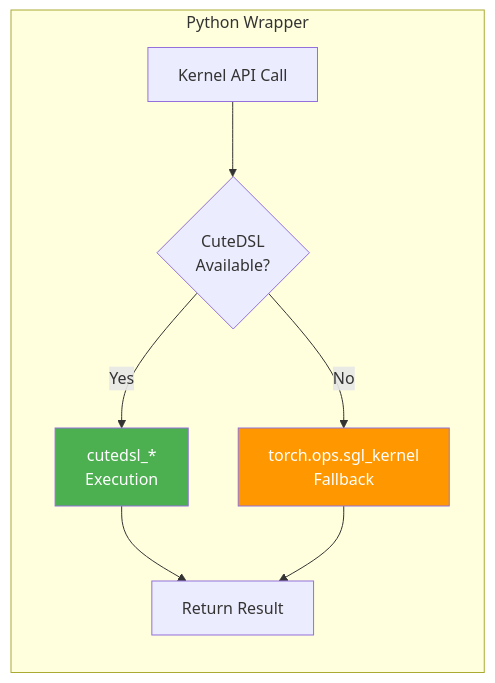
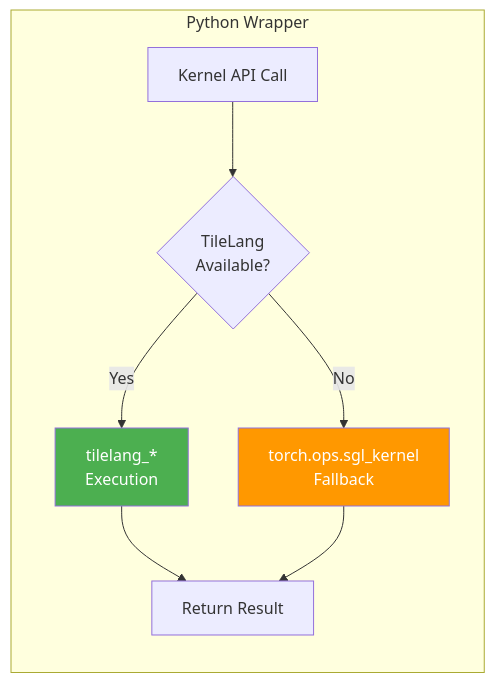
One commit to Ammar-Alnagar/Chimera changed the fourth of 6 diagrams in README.md. Above: the diagram before and after it, drawn with Mermaid. The commit also changed other lines of this file and 31 other files, not shown here.

Commit message:
refactor: replace CuteDSL with TileLang as the primary kernel backend across the codebase and documentation

````diff
--- a/README.md
+++ b/README.md
@@ -156,19 +152,19 @@
 ```mermaid
 flowchart LR
     subgraph "Python Wrapper"
         A[Kernel API Call]
-        B{CuteDSL<br/>Available?}
-        C[cutedsl_*<br/>Execution]
+        B{TileLang<br/>Available?}
+        C[tilelang_*<br/>Execution]
         D[torch.ops.sgl_kernel<br/>Fallback]
         E[Return Result]
     end
 
     A --> B
     B -->|Yes| C
     B -->|No| D
     C --> E
     D --> E
 
     style C fill:#4CAF50,color:#fff
     style D fill:#FF9800,color:#fff
 ```
````
